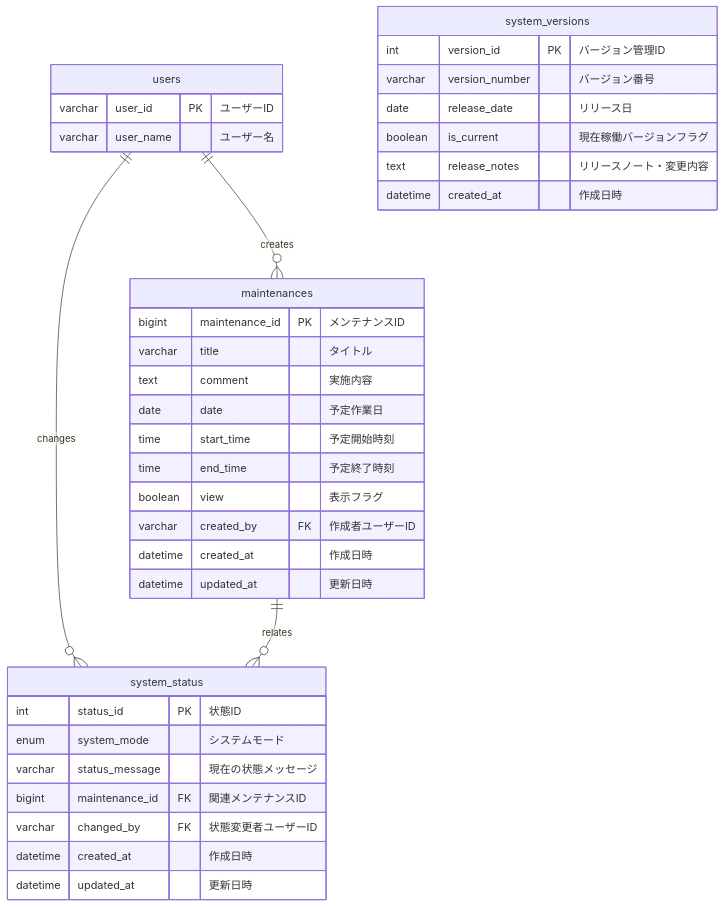
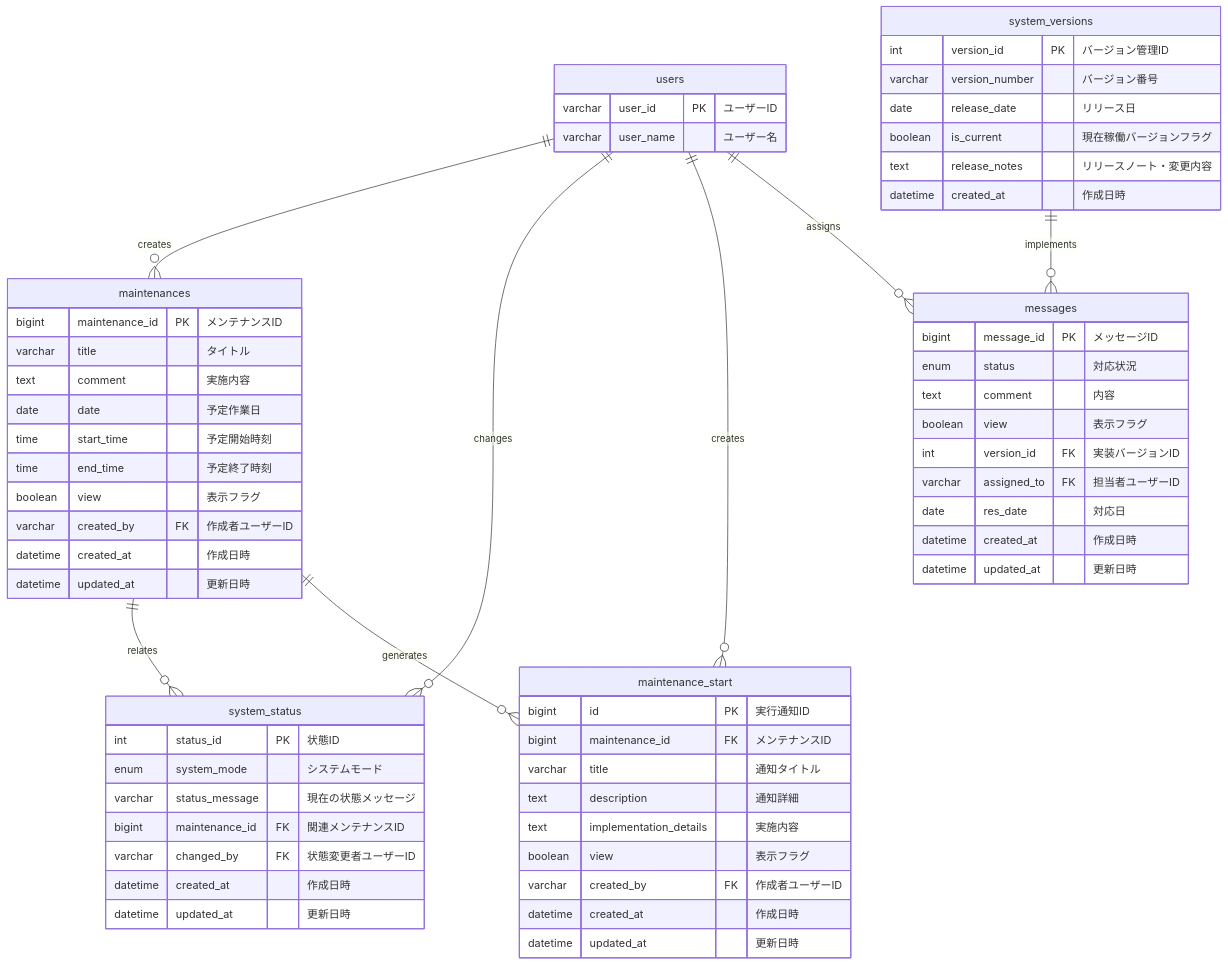
The ninth of 10 diagrams in rebuild/資料/新医療機関システム/仕様書等/DB/E-R/ER_diagram.md (w3422008/update_DB), drawn with Mermaid before and after one commit. The commit also changed other lines of this file and 5 other files, not shown here.

````diff
--- a/rebuild/資料/新医療機関システム/仕様書等/DB/E-R/ER_diagram.md
+++ b/rebuild/資料/新医療機関システム/仕様書等/DB/E-R/ER_diagram.md
@@ -350,44 +361,73 @@
 ```mermaid
 erDiagram
     users {
         varchar user_id PK "ユーザーID"
         varchar user_name "ユーザー名"
     }
     
     maintenances {
         bigint maintenance_id PK "メンテナンスID"
         varchar title "タイトル"
         text comment "実施内容"
         date date "予定作業日"
         time start_time "予定開始時刻"
         time end_time "予定終了時刻"
         boolean view "表示フラグ"
         varchar created_by FK "作成者ユーザーID"
         datetime created_at "作成日時"
         datetime updated_at "更新日時"
     }
     
     system_status {
         int status_id PK "状態ID"
         enum system_mode "システムモード"
         varchar status_message "現在の状態メッセージ"
         bigint maintenance_id FK "関連メンテナンスID"
         varchar changed_by FK "状態変更者ユーザーID"
         datetime created_at "作成日時"
         datetime updated_at "更新日時"
     }
     
     system_versions {
         int version_id PK "バージョン管理ID"
         varchar version_number "バージョン番号"
         date release_date "リリース日"
         boolean is_current "現在稼働バージョンフラグ"
         text release_notes "リリースノート・変更内容"
         datetime created_at "作成日時"
     }
     
+    maintenance_start {
+        bigint id PK "実行通知ID"
+        bigint maintenance_id FK "メンテナンスID"
+        varchar title "通知タイトル"
+        text description "通知詳細"
+        text implementation_details "実施内容"
+        boolean view "表示フラグ"
+        varchar created_by FK "作成者ユーザーID"
+        datetime created_at "作成日時"
+        datetime updated_at "更新日時"
+    }
+    
+    messages {
+        bigint message_id PK "メッセージID"
+        enum status "対応状況"
+        text comment "内容"
+        boolean view "表示フラグ"
+        int version_id FK "実装バージョンID"
+        varchar assigned_to FK "担当者ユーザーID"
+        date res_date "対応日"
+        datetime created_at "作成日時"
+        datetime updated_at "更新日時"
+    }
+    
+
     %% リレーションシップ
     users ||--o{ maintenances : "creates"
     users ||--o{ system_status : "changes"
+    users ||--o{ maintenance_start : "creates"
+    users ||--o{ messages : "assigns"
+    system_versions ||--o{ messages : "implements"
     maintenances ||--o{ system_status : "relates"
+    maintenances ||--o{ maintenance_start : "generates"
 ```
````
